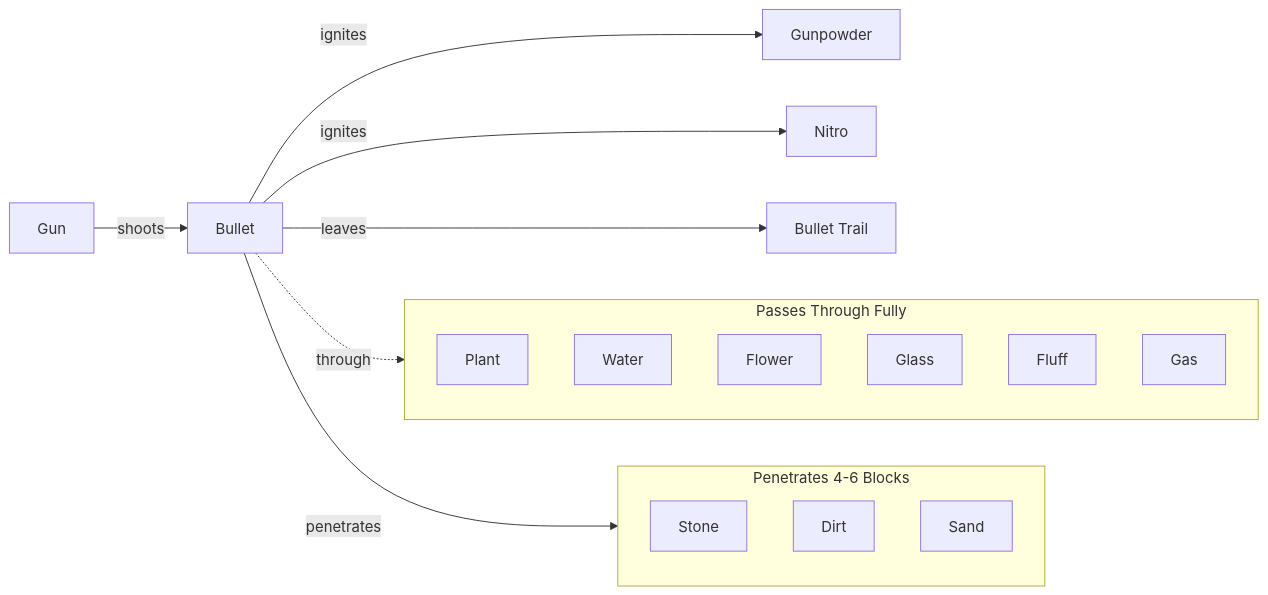
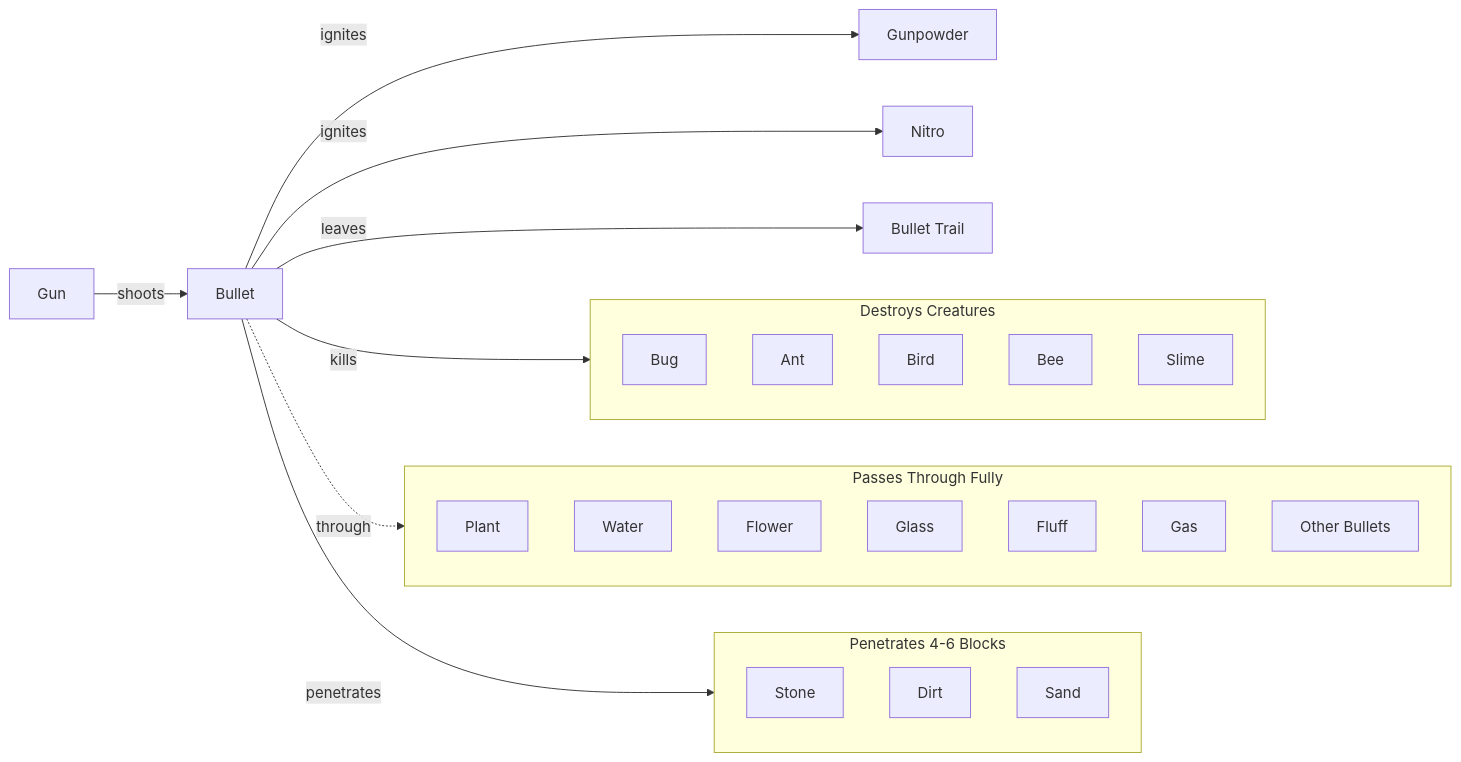
Before and after one commit to VoX/ai-sand-fork: the fifth of 5 diagrams in README.md, drawn with Mermaid. The commit also changed other lines of this file and 4 other files, not shown here.

Commit message:
Bullets pass through other bullets, destroy creatures

````diff
--- a/README.md
+++ b/README.md
@@ -198,25 +199,35 @@
 ```mermaid
 flowchart LR
     Gun[Gun] -->|shoots| Bullet[Bullet]
     Bullet -->|ignites| Gunpowder[Gunpowder]
     Bullet -->|ignites| Nitro[Nitro]
+
+    subgraph Destroys[Destroys Creatures]
+        Bug[Bug]
+        Ant[Ant]
+        Bird[Bird]
+        Bee[Bee]
+        Slime[Slime]
+    end
 
     subgraph PassThrough[Passes Through Fully]
         Plant[Plant]
         Water[Water]
         Flower[Flower]
         Glass[Glass]
         Fluff[Fluff]
         Gas[Gas]
+        OtherBullets[Other Bullets]
     end
 
     subgraph Penetrates[Penetrates 4-6 Blocks]
         Stone[Stone]
         Dirt[Dirt]
         Sand[Sand]
     end
 
+    Bullet -->|kills| Destroys
     Bullet -.->|through| PassThrough
     Bullet -->|penetrates| Penetrates
     Bullet -->|leaves| Trail[Bullet Trail]
 ```
````
